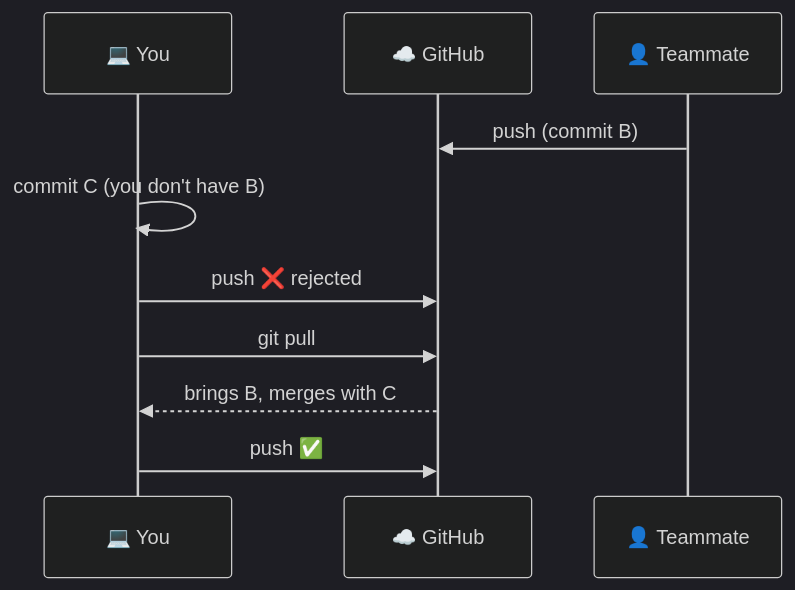
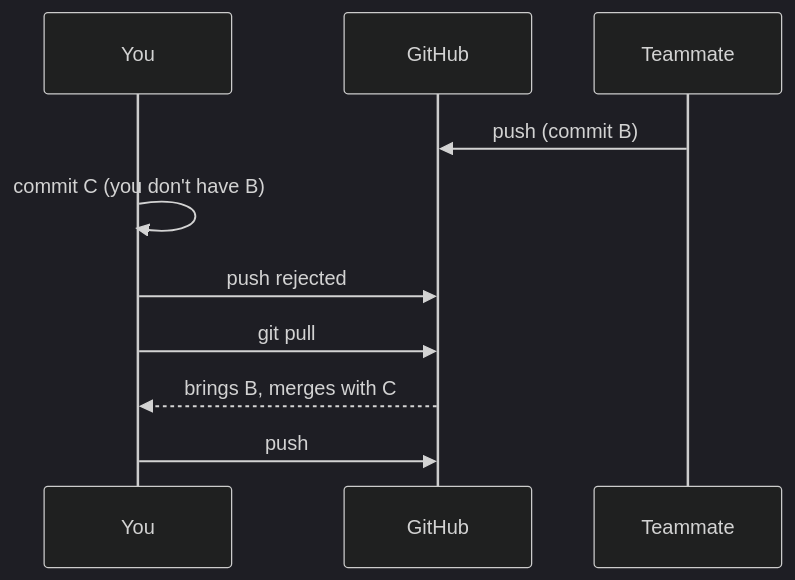
The second of 2 diagrams in info-vault/06-fixing-common-problems.md (anasp07-hue/Github-Guide), drawn with Mermaid (dark theme) before and after one commit. The commit also changed other lines of this file and 7 other files, not shown here.

````diff
--- a/info-vault/06-fixing-common-problems.md
+++ b/info-vault/06-fixing-common-problems.md
@@ -50,13 +50,13 @@
 ```mermaid
 sequenceDiagram
-    participant You as 💻 You
-    participant GH as ☁️ GitHub
-    participant Mate as 👤 Teammate
+    participant You as You
+    participant GH as GitHub
+    participant Mate as Teammate
 
     Mate->>GH: push (commit B)
     You->>You: commit C (you don't have B)
-    You->>GH: push ❌ rejected
+    You->>GH: push rejected
     You->>GH: git pull
     GH-->>You: brings B, merges with C
-    You->>GH: push ✅
+    You->>GH: push 
 ```
````
